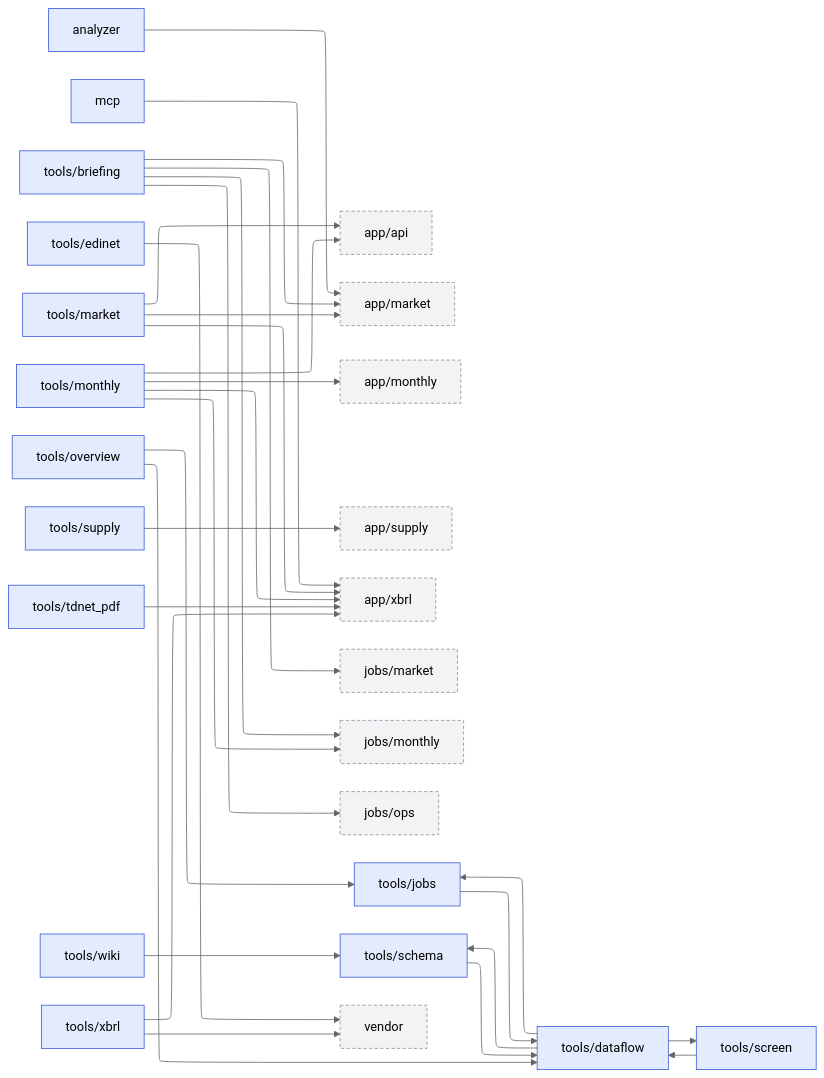
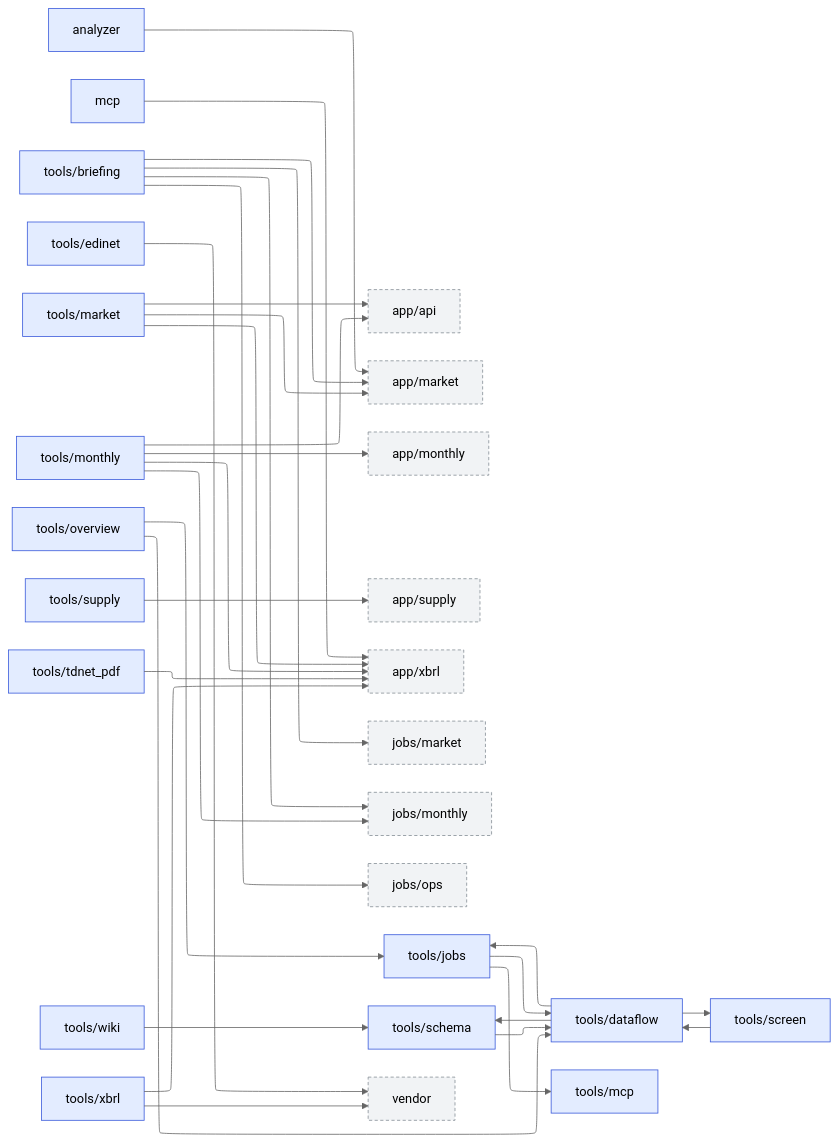
One commit to pekumirui/stock-analyzer changed the third of 3 diagrams in docs/overview/modules.md. Above: the diagram before and after it, drawn with Mermaid (neutral theme). The commit also changed other lines of this file, not shown here.

Commit message:
docs(KAB-517): モジュール図を import に合わせる
tools/jobs が tools/mcp を読むようになったので、overview の生成物を作り直す。

````diff
--- a/docs/overview/modules.md
+++ b/docs/overview/modules.md
@@ -92,60 +92,62 @@
 ```mermaid
 ---
 config:
   layout: elk
 ---
 flowchart LR
   n0["analyzer"]:::own
   n1["app/api"]:::ext
   n2["app/market"]:::ext
   n3["app/monthly"]:::ext
   n4["app/supply"]:::ext
   n5["app/xbrl"]:::ext
   n6["jobs/market"]:::ext
   n7["jobs/monthly"]:::ext
   n8["jobs/ops"]:::ext
   n9["mcp"]:::own
   n10["tools/briefing"]:::own
   n11["tools/dataflow"]:::own
   n12["tools/edinet"]:::own
   n13["tools/jobs"]:::own
   n14["tools/market"]:::own
-  n15["tools/monthly"]:::own
-  n16["tools/overview"]:::own
-  n17["tools/schema"]:::own
-  n18["tools/screen"]:::own
-  n19["tools/supply"]:::own
-  n20["tools/tdnet_pdf"]:::own
-  n21["tools/wiki"]:::own
-  n22["tools/xbrl"]:::own
-  n23["vendor"]:::ext
+  n15["tools/mcp"]:::own
+  n16["tools/monthly"]:::own
+  n17["tools/overview"]:::own
+  n18["tools/schema"]:::own
+  n19["tools/screen"]:::own
+  n20["tools/supply"]:::own
+  n21["tools/tdnet_pdf"]:::own
+  n22["tools/wiki"]:::own
+  n23["tools/xbrl"]:::own
+  n24["vendor"]:::ext
   n0 --> n2
   n9 --> n5
   n10 --> n2
   n10 --> n6
   n10 --> n7
   n10 --> n8
   n11 --> n13
-  n11 --> n17
   n11 --> n18
-  n12 --> n23
+  n11 --> n19
+  n12 --> n24
   n13 --> n11
+  n13 --> n15
   n14 --> n1
   n14 --> n2
   n14 --> n5
-  n15 --> n1
-  n15 --> n3
-  n15 --> n5
-  n15 --> n7
-  n16 --> n11
-  n16 --> n13
+  n16 --> n1
+  n16 --> n3
+  n16 --> n5
+  n16 --> n7
   n17 --> n11
+  n17 --> n13
   n18 --> n11
-  n19 --> n4
-  n20 --> n5
-  n21 --> n17
-  n22 --> n5
-  n22 --> n23
+  n19 --> n11
+  n20 --> n4
+  n21 --> n5
+  n22 --> n18
+  n23 --> n5
+  n23 --> n24
   classDef own fill:#e3ecff,stroke:#3b5bdb
   classDef ext fill:#f1f3f5,stroke:#868e96,stroke-dasharray:4 3
 ```
````
